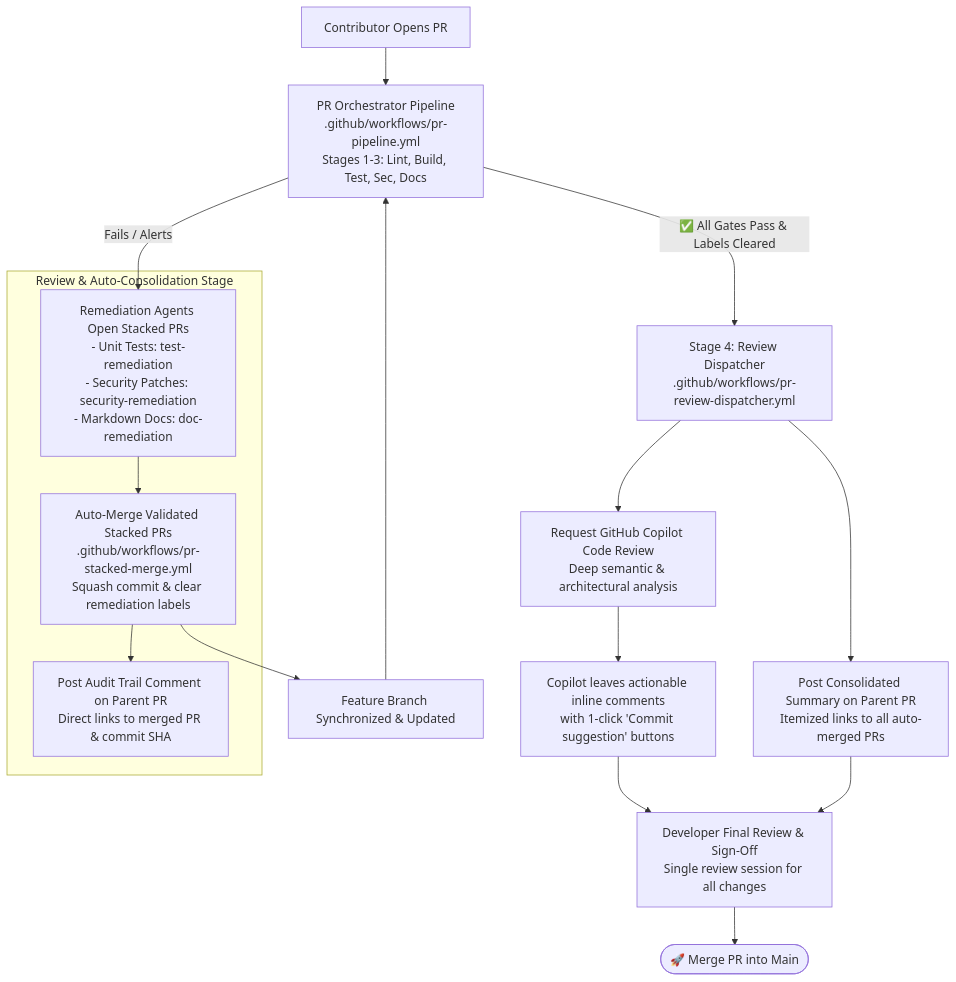
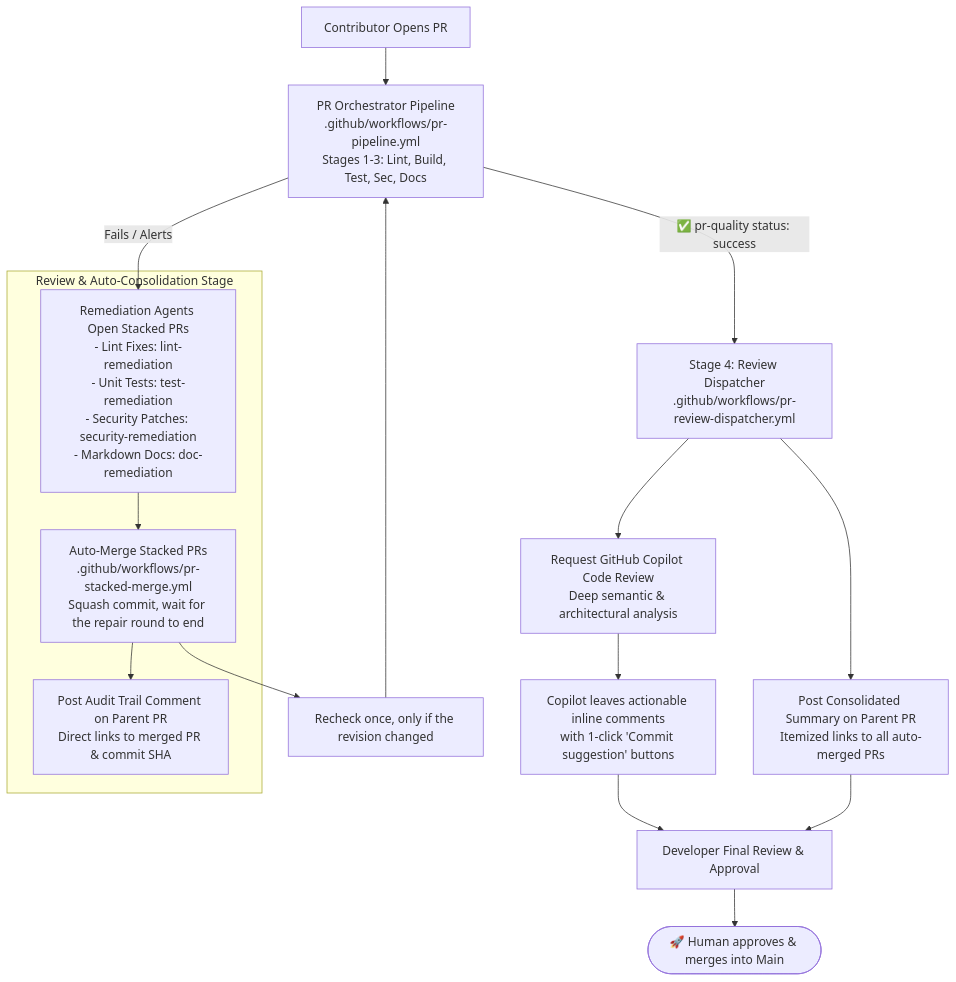
One commit to SitoaderOrg/ForgeFlow changed the diagram in docs/pr-review-and-consolidation.md. Above: the diagram before and after it, drawn with Mermaid. The commit also changed other lines of this file and 24 other files, not shown here.

First line of the commit message:
feat(ci): check-repair-recheck loop with stacked lint fixes and pr-quality verdict

````diff
--- a/docs/pr-review-and-consolidation.md
+++ b/docs/pr-review-and-consolidation.md
@@ -28,25 +28,25 @@
 ```mermaid
 flowchart TD
     PR[Contributor Opens PR] --> Pipeline[PR Orchestrator Pipeline\n.github/workflows/pr-pipeline.yml\nStages 1-3: Lint, Build, Test, Sec, Docs]
     
-    Pipeline -->|Fails / Alerts| Agents[Remediation Agents Open Stacked PRs\n- Unit Tests: test-remediation\n- Security Patches: security-remediation\n- Markdown Docs: doc-remediation]
+    Pipeline -->|Fails / Alerts| Agents[Remediation Agents Open Stacked PRs\n- Lint Fixes: lint-remediation\n- Unit Tests: test-remediation\n- Security Patches: security-remediation\n- Markdown Docs: doc-remediation]
     
     subgraph Auto_Consolidation [Review & Auto-Consolidation Stage]
-        Agents --> AutoMerge[Auto-Merge Validated Stacked PRs\n.github/workflows/pr-stacked-merge.yml\nSquash commit & clear remediation labels]
+        Agents --> AutoMerge[Auto-Merge Stacked PRs\n.github/workflows/pr-stacked-merge.yml\nSquash commit, wait for the repair round to end]
         AutoMerge --> CommentParent[Post Audit Trail Comment on Parent PR\nDirect links to merged PR & commit SHA]
     end
 
-    AutoMerge --> SyncBranch[Feature Branch Synchronized & Updated]
+    AutoMerge --> SyncBranch[Recheck once, only if the revision changed]
     SyncBranch --> Pipeline
 
-    Pipeline -->|✅ All Gates Pass & Labels Cleared| Dispatcher[Stage 4: Review Dispatcher\n.github/workflows/pr-review-dispatcher.yml]
+    Pipeline -->|✅ pr-quality status: success| Dispatcher[Stage 4: Review Dispatcher\n.github/workflows/pr-review-dispatcher.yml]
 
     Dispatcher --> RequestCopilot[Request GitHub Copilot Code Review\nDeep semantic & architectural analysis]
     Dispatcher --> PostSummary[Post Consolidated Summary on Parent PR\nItemized links to all auto-merged PRs]
 
     RequestCopilot --> InlineFeedback[Copilot leaves actionable inline comments\nwith 1-click 'Commit suggestion' buttons]
 
-    InlineFeedback & PostSummary --> DeveloperReview[Developer Final Review & Sign-Off\nSingle review session for all changes]
+    InlineFeedback & PostSummary --> DeveloperReview[Developer Final Review & Approval]
 
-    DeveloperReview --> MergeMain([🚀 Merge PR into Main])
+    DeveloperReview --> MergeMain([🚀 Human approves & merges into Main])
 ```
````
